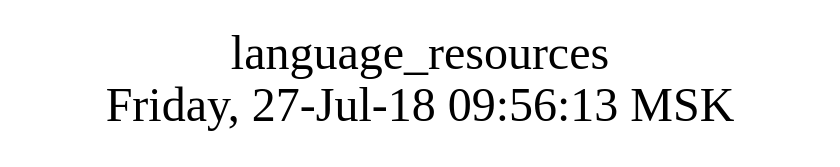
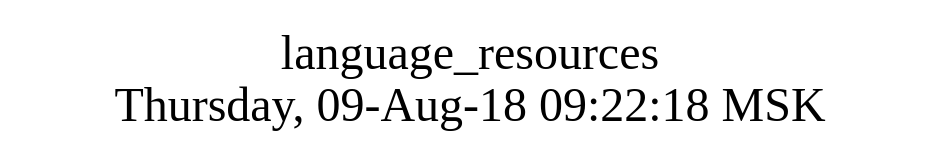
The diagram in src/basic/language_resources/struct.dot (AplaProject/apps), drawn with Graphviz before and after one commit. The commit also changed 2 other files, not shown here.

```diff
--- a/src/basic/language_resources/struct.dot
+++ b/src/basic/language_resources/struct.dot
@@ -1,10 +1,10 @@
 digraph G {
 graph [
   fontsize="24";
-  label="language_resources\nFriday, 27-Jul-18 09:56:13 MSK";
+  label="language_resources\nThursday, 09-Aug-18 09:22:18 MSK";
   nojustify=true;
   ordering=out;
   rankdir=LR;
   size="30";
 ];
 }
```
